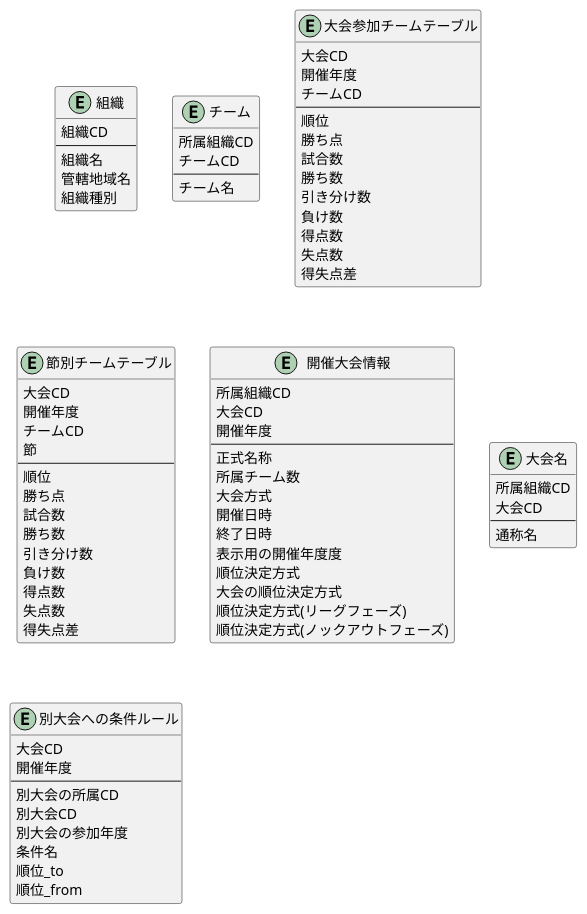
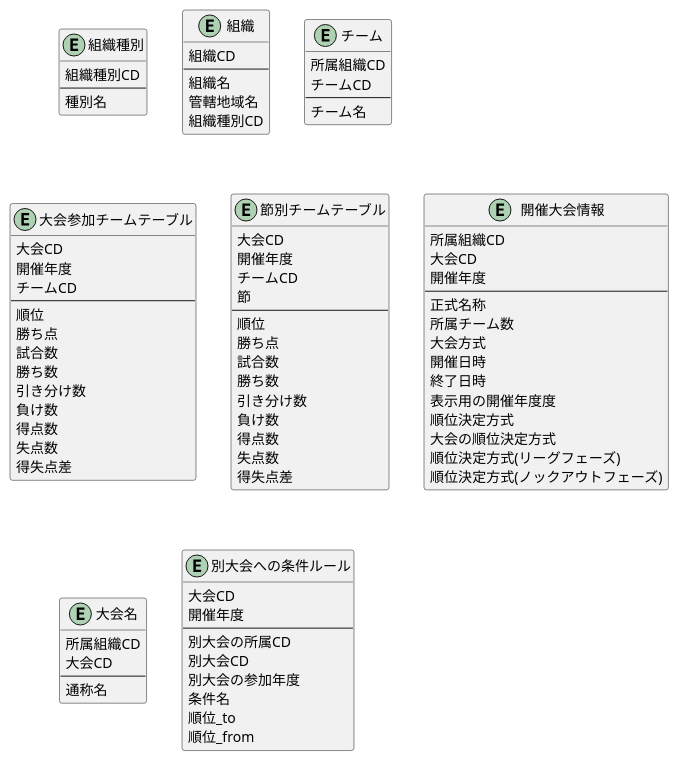
Before and after one commit to LCC-SYamada/SocckerDB_PlantUML: the diagram in soccker_db.puml, drawn with PlantUML.

Commit message:
組織種別の内容を分けて修正しやすくする

```diff
--- a/soccker_db.puml
+++ b/soccker_db.puml
@@ -1,87 +1,92 @@
 @startuml
 
+Entity "組織種別" as OrganizationType {
+  組織種別CD
+  --
+  種別名
+}
 
-Entity "組織" as Country {
+Entity "組織" as Organization {
   組織CD
   --
   組織名
   管轄地域名
-  組織種別
+  組織種別CD
 }
 Entity "チーム" as Team {
   所属組織CD
   チームCD
   --
   チーム名
 }
 
 Entity "大会参加チームテーブル" as SeaSonTournament {
   大会CD
   開催年度
   チームCD
   --
   順位
   勝ち点
   試合数
   勝ち数
   引き分け数
   負け数
   得点数
   失点数
   得失点差  
 }
 
 Entity "節別チームテーブル" as MatchDayRank {
   大会CD
   開催年度
   チームCD
   節
   --
   順位
   勝ち点
   試合数
   勝ち数
   引き分け数
   負け数
   得点数
   失点数
   得失点差  
 }
 
 Entity "開催大会情報" as TournamentInfo {
   所属組織CD
   大会CD
   開催年度
   --
   正式名称
   所属チーム数
   大会方式
   開催日時
   終了日時
   表示用の開催年度度
   順位決定方式
   大会の順位決定方式
   順位決定方式(リーグフェーズ)
   順位決定方式(ノックアウトフェーズ)
 }
 
 Entity "大会名" as Tournament {
   所属組織CD
   大会CD
   --
   通称名
 }
 
 Entity "別大会への条件ルール" as TournamentDetail {
   大会CD
   開催年度
   --
   別大会の所属CD
   別大会CD
   別大会の参加年度
   条件名
   順位_to
   順位_from
 }
 
 @enduml
```
